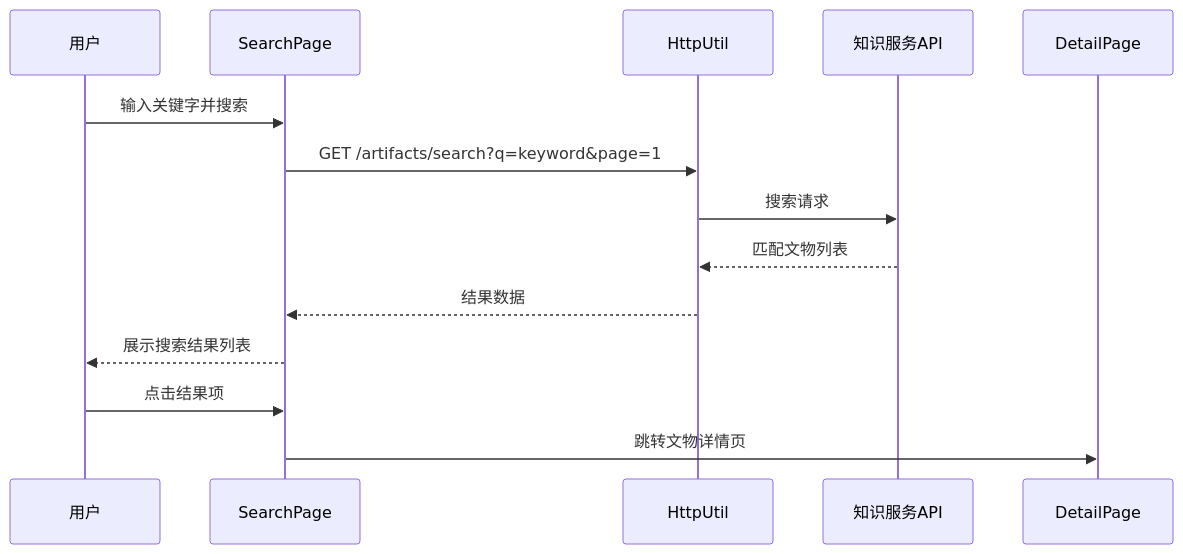
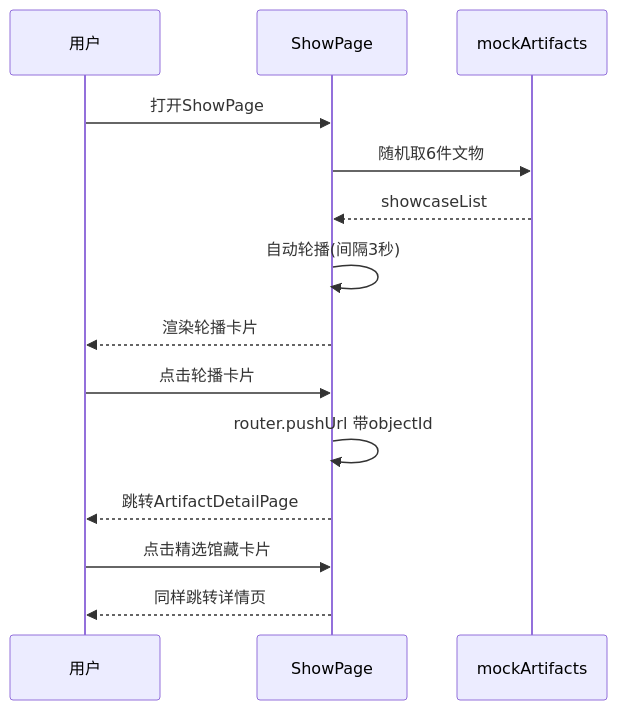
Before and after one commit to BUCT-CS2301/PalmMuseum: the sixth of 13 diagrams in Doc/设计文档.md, drawn with Mermaid. The commit also changed other lines of this file and 14 other files, not shown here.

````diff
--- a/Doc/设计文档.md
+++ b/Doc/设计文档.md
@@ -536,17 +512,19 @@
 ```mermaid
 sequenceDiagram
     participant User as 用户
-    participant SearchPage as SearchPage
-    participant HttpUtil as HttpUtil
-    participant API as 知识服务API
-    participant DetailPage as DetailPage
+    participant ShowPage as ShowPage
+    participant MockData as mockArtifacts
 
-    User->>SearchPage: 输入关键字并搜索
-    SearchPage->>HttpUtil: GET /artifacts/search?q=keyword&page=1
-    HttpUtil->>API: 搜索请求
-    API-->>HttpUtil: 匹配文物列表
-    HttpUtil-->>SearchPage: 结果数据
-    SearchPage-->>User: 展示搜索结果列表
-    User->>SearchPage: 点击结果项
-    SearchPage->>DetailPage: 跳转文物详情页
+    User->>ShowPage: 打开ShowPage
+    ShowPage->>MockData: 随机取6件文物
+    MockData-->>ShowPage: showcaseList
+    ShowPage->>ShowPage: 自动轮播(间隔3秒)
+    ShowPage-->>User: 渲染轮播卡片
+
+    User->>ShowPage: 点击轮播卡片
+    ShowPage->>ShowPage: router.pushUrl 带objectId
+    ShowPage-->>User: 跳转ArtifactDetailPage
+
+    User->>ShowPage: 点击精选馆藏卡片
+    ShowPage-->>User: 同样跳转详情页
 ```
````
